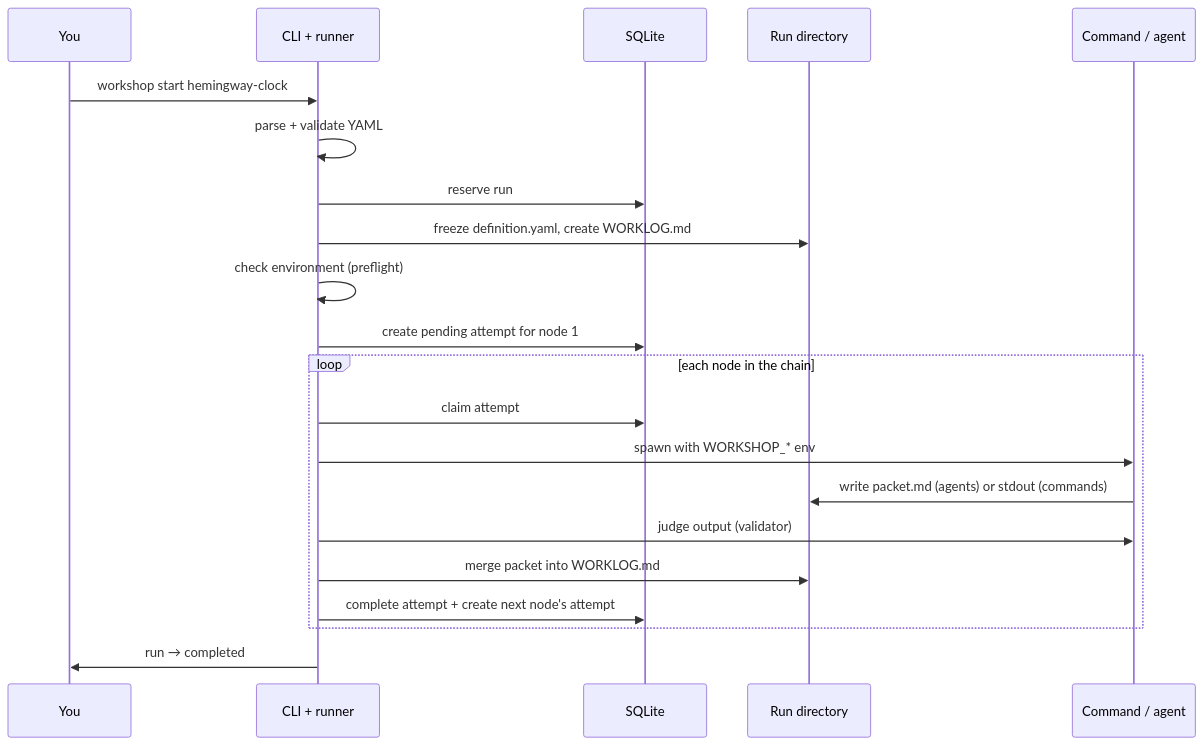
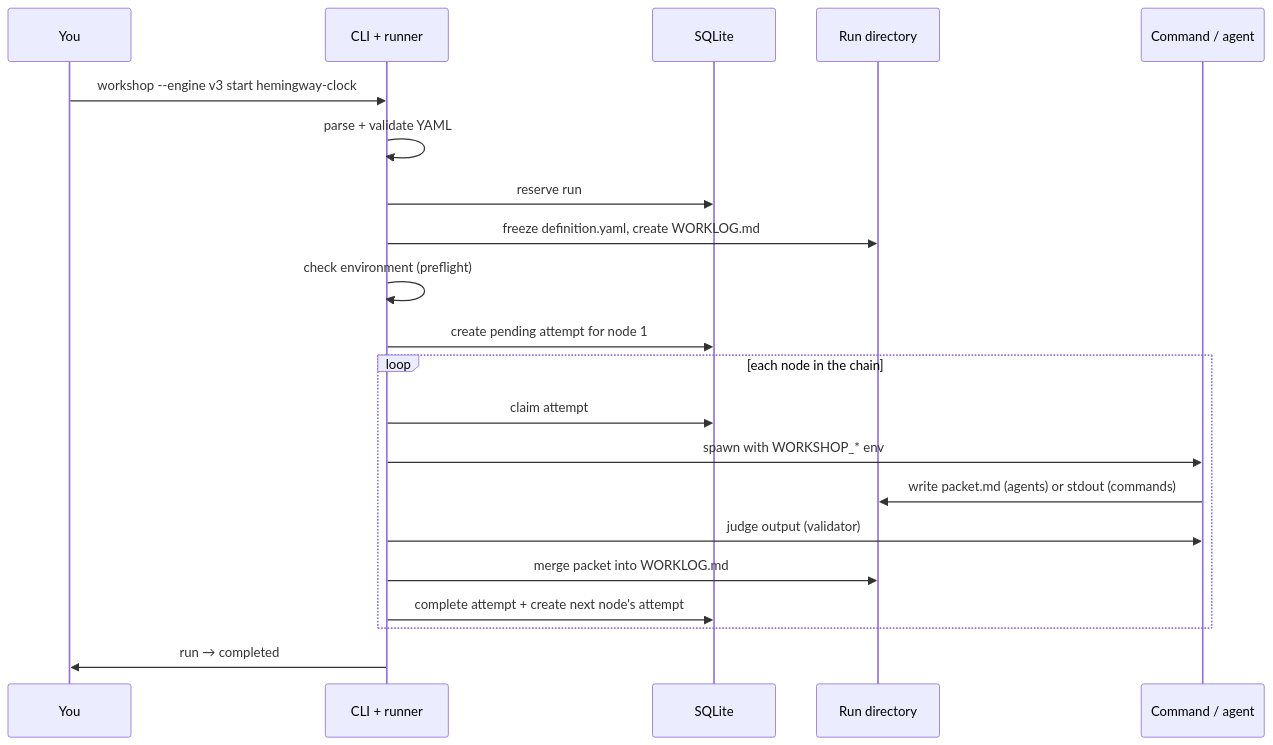
Before and after one commit to kaushikgopal/workshop: the second of 2 diagrams in README.md, drawn with Mermaid. The commit also changed other lines of this file and 25 other files, not shown here.

````diff
--- a/README.md
+++ b/README.md
@@ -65,24 +416,24 @@
 ```mermaid
 sequenceDiagram
   participant You
   participant CLI as CLI + runner
   participant DB as SQLite
   participant Dir as Run directory
   participant Proc as Command / agent
 
-  You->>CLI: workshop start hemingway-clock
+  You->>CLI: workshop --engine v3 start hemingway-clock
   CLI->>CLI: parse + validate YAML
   CLI->>DB: reserve run
   CLI->>Dir: freeze definition.yaml, create WORKLOG.md
   CLI->>CLI: check environment (preflight)
   CLI->>DB: create pending attempt for node 1
   loop each node in the chain
     CLI->>DB: claim attempt
     CLI->>Proc: spawn with WORKSHOP_* env
     Proc->>Dir: write packet.md (agents) or stdout (commands)
     CLI->>Proc: judge output (validator)
     CLI->>Dir: merge packet into WORKLOG.md
     CLI->>DB: complete attempt + create next node's attempt
   end
   CLI->>You: run → completed
 ```
````
